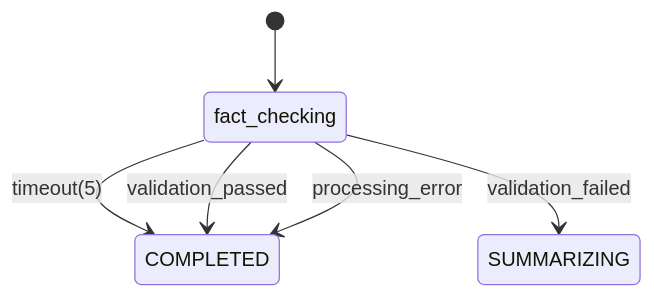
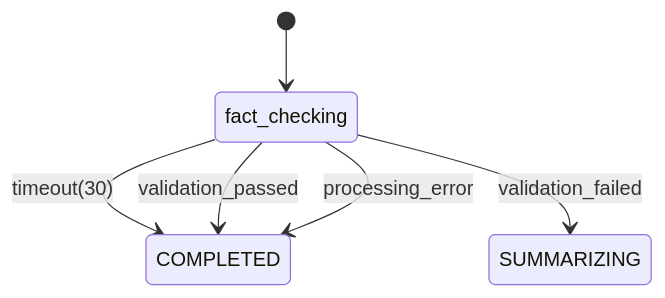
One commit to sheikkinen/statemachine-engine changed the diagram in docs/fsm-diagrams/patient-records/FACT_CHECKING.mermaid. Above: the diagram before and after it, drawn with Mermaid. The commit also changed 10 other files, not shown here.

```diff
--- a/docs/fsm-diagrams/patient-records/FACT_CHECKING.mermaid
+++ b/docs/fsm-diagrams/patient-records/FACT_CHECKING.mermaid
@@ -1,16 +1,16 @@
 stateDiagram-v2
     %% Detailed view of FACT_CHECKING
 
     [*] --> fact_checking
 
     %% Internal transitions
 
     %% External composites
     state SUMMARIZING
     state COMPLETED
 
     %% Transitions to other composites
-    fact_checking --> COMPLETED : timeout(5)
+    fact_checking --> COMPLETED : timeout(30)
     fact_checking --> COMPLETED : validation_passed
     fact_checking --> SUMMARIZING : validation_failed
     fact_checking --> COMPLETED : processing_error
```
